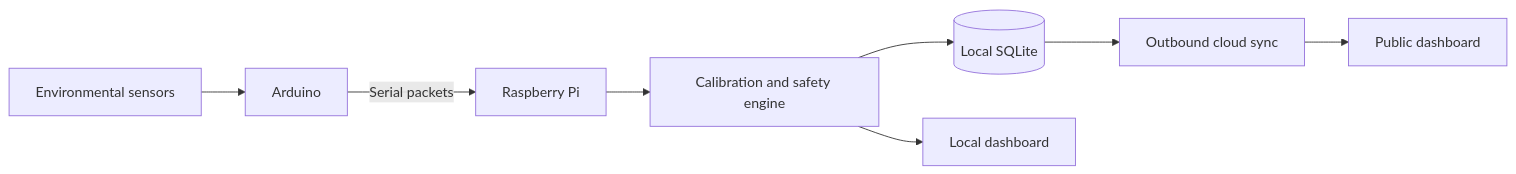
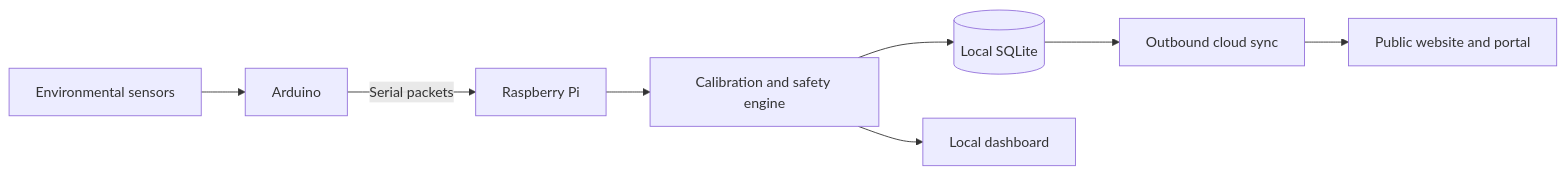
Before and after one commit to ojasprm-codes/edusense-ATL: the diagram in README.md, drawn with Mermaid. The commit also changed other lines of this file and 3 other files, not shown here.

````diff
--- a/README.md
+++ b/README.md
@@ -17,10 +27,10 @@
 ```mermaid
 flowchart LR
     Sensors[Environmental sensors] --> Arduino[Arduino]
     Arduino -->|Serial packets| Pi[Raspberry Pi]
     Pi --> Engine[Calibration and safety engine]
     Engine --> DB[(Local SQLite)]
     Engine --> Local[Local dashboard]
     DB --> Sync[Outbound cloud sync]
-    Sync --> Web[Public dashboard]
+    Sync --> Web[Public website and portal]
 ```
````
